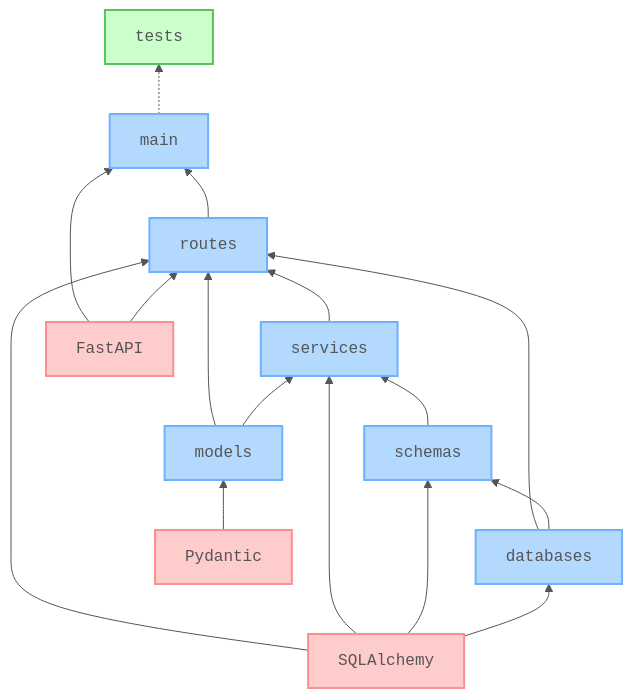
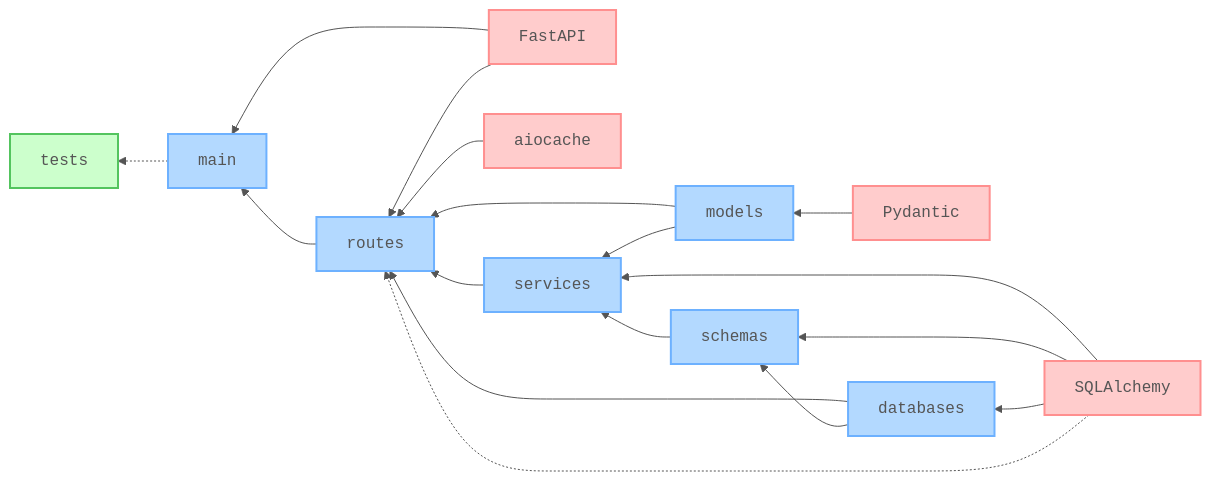
The diagram in README.md (nanotaboada/python-samples-fastapi-restful), drawn with Mermaid before and after one commit. The commit also changed other lines of this file and 1 other file, not shown here.

Commit message:
docs(readme): update architecture diagram and add explanatory text
- Adds aiocache node, fixes sqlalchemy→routes to soft dependency,
  and reorganizes arrows with Strong/Soft groupings
- Adds Arrow Semantics, Composition Root, Layered Architecture,
  and Color Coding sections
- Adds Claude co-author to commit template in copilot-instructions.md

````diff
--- a/README.md
+++ b/README.md
@@ -89,54 +91,63 @@
 ```mermaid
 %%{init: {
   "theme": "default",
   "themeVariables": {
     "fontFamily": "Fira Code, Consolas, monospace",
     "textColor": "#555",
-    "lineColor": "#555",
-    "lineWidth": 2
+    "lineColor": "#555"
   }
 }}%%
 
-graph BT
-    %% Core application packages
+graph RL
+
+    tests[tests]
+
     main[main]
     routes[routes]
+    fastapi[FastAPI]
+    aiocache[aiocache]
+
     services[services]
-    schemas[schemas]
-    databases[databases]
+
     models[models]
-
-    %% External dependencies
-    fastapi[FastAPI]
-    sqlalchemy[SQLAlchemy]
     pydantic[Pydantic]
 
-    %% Test coverage
-    tests[tests]
+    schemas[schemas]
 
-    %% Module dependencies
+    databases[databases]
+    sqlalchemy[SQLAlchemy]
+
+    %% Strong dependencies
+
     routes --> main
     fastapi --> main
+
+    fastapi --> routes
+    aiocache --> routes
     services --> routes
     models --> routes
     databases --> routes
+
     schemas --> services
     models --> services
+    sqlalchemy --> services
+    pydantic --> models
+
     databases --> schemas
-    fastapi --> routes
-    sqlalchemy --> routes
-    sqlalchemy --> services
     sqlalchemy --> schemas
     sqlalchemy --> databases
-    pydantic --> models
+
+    %% Soft dependencies
+
+    sqlalchemy -.-> routes
     main -.-> tests
 
-    %% Node styling
+    %% Node styling with stroke-width
     classDef core fill:#b3d9ff,stroke:#6db1ff,stroke-width:2px,color:#555,font-family:monospace;
     classDef deps fill:#ffcccc,stroke:#ff8f8f,stroke-width:2px,color:#555,font-family:monospace;
     classDef test fill:#ccffcc,stroke:#53c45e,stroke-width:2px,color:#555,font-family:monospace;
 
     class main,routes,services,schemas,databases,models core
-    class fastapi,sqlalchemy,pydantic deps
+    class fastapi,sqlalchemy,pydantic,aiocache deps
     class tests test
 ```
````
